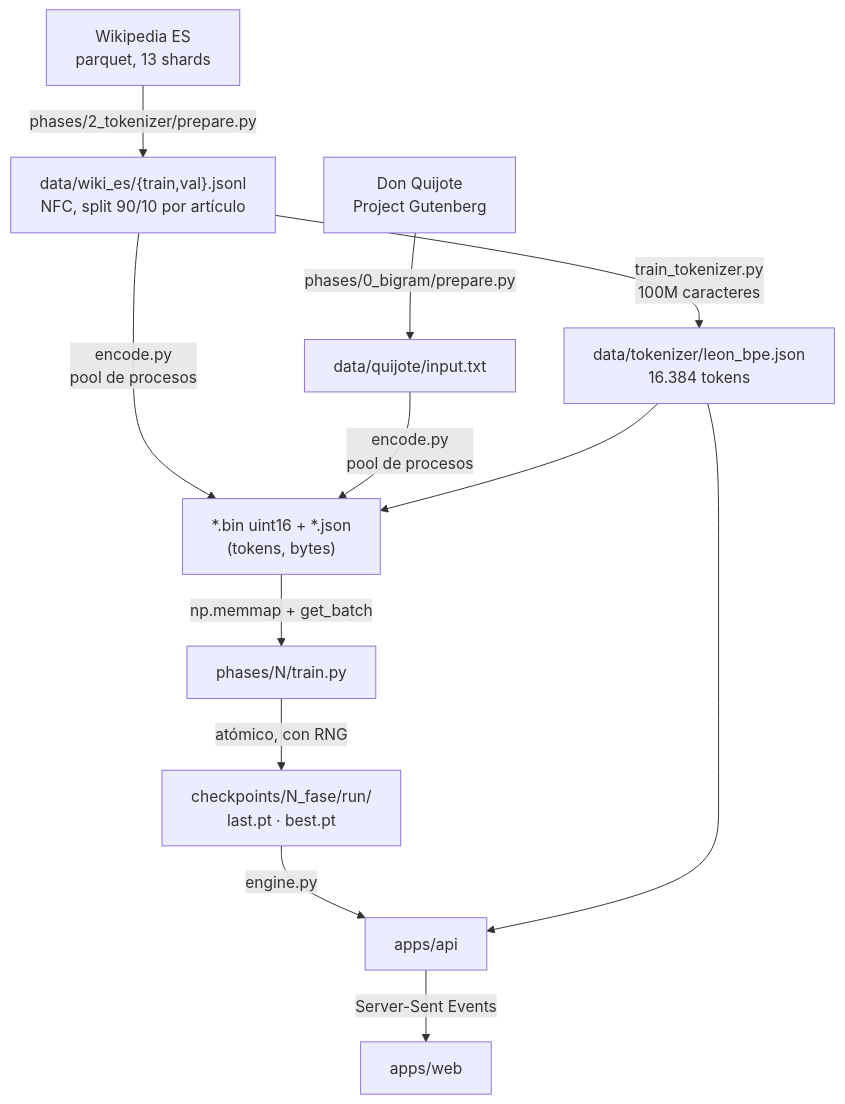
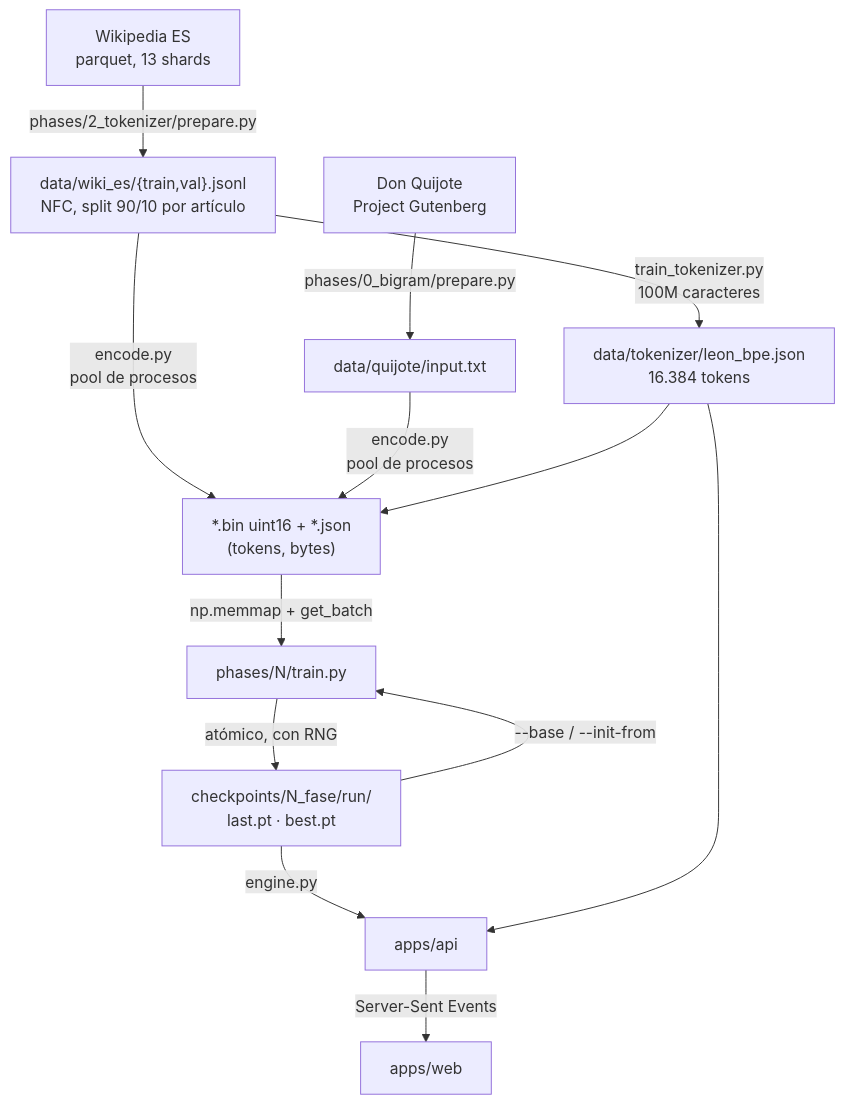
Before and after one commit to danbadev-es/llm: the second of 3 diagrams in ARCHITECTURE.md, drawn with Mermaid. The commit also changed other lines of this file and 15 other files, not shown here.

````diff
--- a/ARCHITECTURE.md
+++ b/ARCHITECTURE.md
@@ -37,13 +45,14 @@
 ```mermaid
 flowchart TD
     W["Wikipedia ES<br/>parquet, 13 shards"] -->|"phases/2_tokenizer/prepare.py"| J["data/wiki_es/{train,val}.jsonl<br/>NFC, split 90/10 por artículo"]
     Q["Don Quijote<br/>Project Gutenberg"] -->|"phases/0_bigram/prepare.py"| QT["data/quijote/input.txt"]
     J -->|"train_tokenizer.py<br/>100M caracteres"| TK["data/tokenizer/leon_bpe.json<br/>16.384 tokens"]
     J & QT -->|"encode.py<br/>pool de procesos"| B["*.bin uint16 + *.json<br/>(tokens, bytes)"]
     TK --> B
     B -->|"np.memmap + get_batch"| TR["phases/N/train.py"]
     TR -->|"atómico, con RNG"| C["checkpoints/N_fase/run/<br/>last.pt · best.pt"]
+    C -->|"--base / --init-from"| TR
     C -->|"engine.py"| API2["apps/api"]
     TK --> API2
     API2 -->|"Server-Sent Events"| UI["apps/web"]
 ```
````
